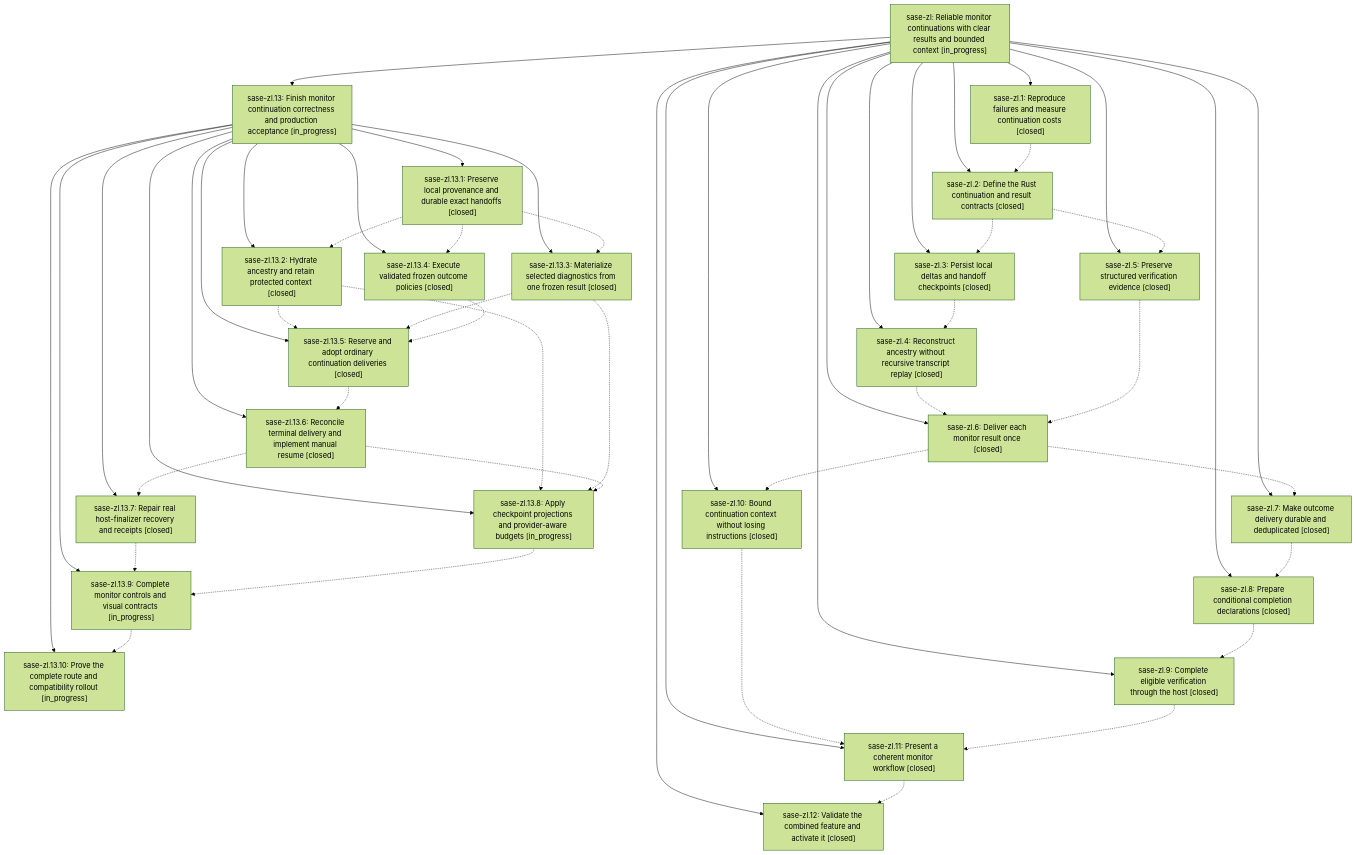
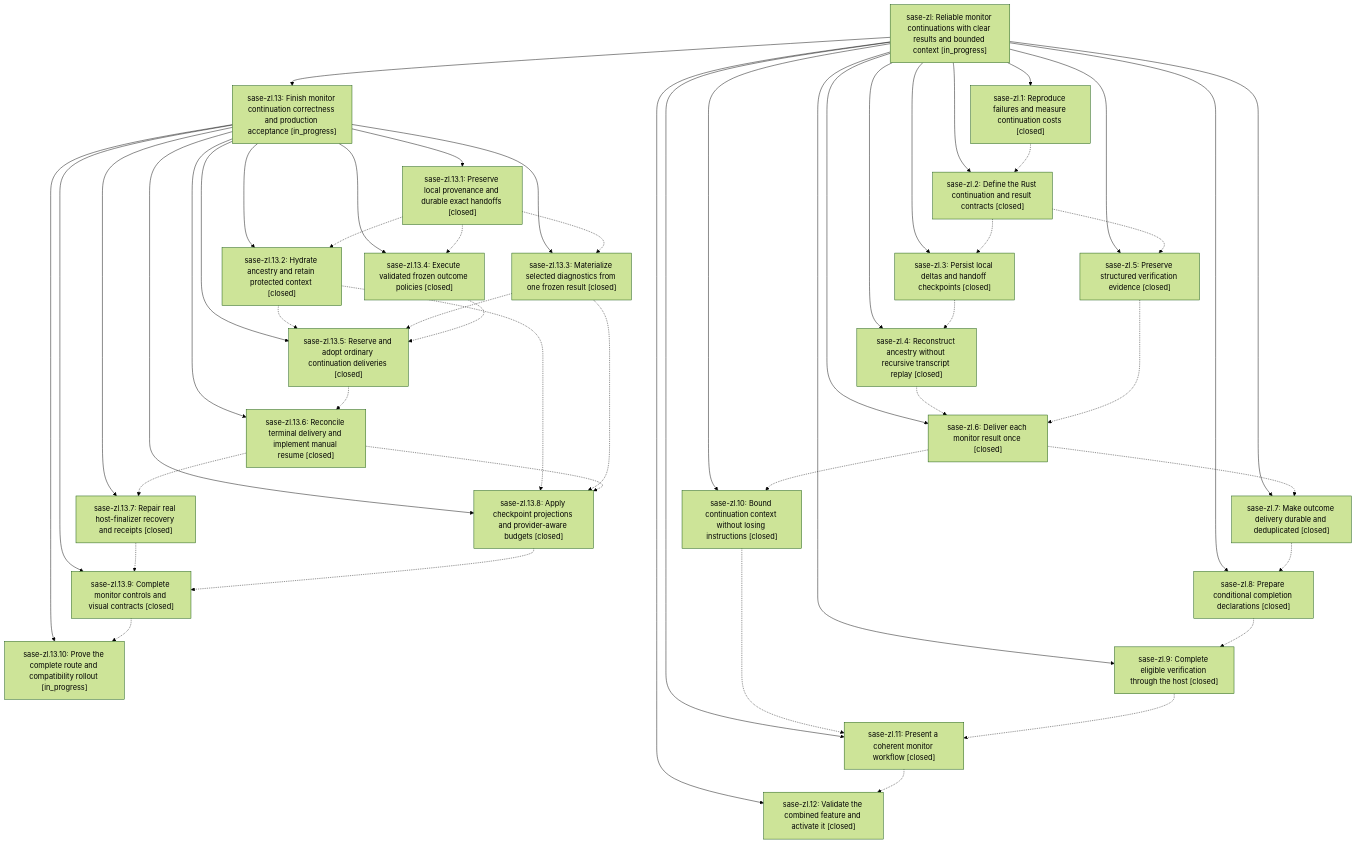
The diagram in pages/sase-zl/README.md (sase-org/sase--beads), drawn with Mermaid (forest theme) before and after one commit. The commit also changed other lines of this file and 8 other files, not shown here.

````diff
--- a/pages/sase-zl/README.md
+++ b/pages/sase-zl/README.md
@@ -67,77 +67,77 @@
 ```mermaid
 flowchart TD
     n0["sase-zl: Reliable monitor continuations with clear results and bounded context [in_progress]"]
     n1["sase-zl.1: Reproduce failures and measure continuation costs [closed]"]
     n2["sase-zl.10: Bound continuation context without losing instructions [closed]"]
     n3["sase-zl.11: Present a coherent monitor workflow [closed]"]
     n4["sase-zl.12: Validate the combined feature and activate it [closed]"]
     n5["sase-zl.13: Finish monitor continuation correctness and production acceptance [in_progress]"]
     n6["sase-zl.13.1: Preserve local provenance and durable exact handoffs [closed]"]
     n7["sase-zl.13.10: Prove the complete route and compatibility rollout [in_progress]"]
     n8["sase-zl.13.2: Hydrate ancestry and retain protected context [closed]"]
     n9["sase-zl.13.3: Materialize selected diagnostics from one frozen result [closed]"]
     n10["sase-zl.13.4: Execute validated frozen outcome policies [closed]"]
     n11["sase-zl.13.5: Reserve and adopt ordinary continuation deliveries [closed]"]
     n12["sase-zl.13.6: Reconcile terminal delivery and implement manual resume [closed]"]
     n13["sase-zl.13.7: Repair real host-finalizer recovery and receipts [closed]"]
-    n14["sase-zl.13.8: Apply checkpoint projections and provider-aware budgets [in_progress]"]
-    n15["sase-zl.13.9: Complete monitor controls and visual contracts [in_progress]"]
+    n14["sase-zl.13.8: Apply checkpoint projections and provider-aware budgets [closed]"]
+    n15["sase-zl.13.9: Complete monitor controls and visual contracts [closed]"]
     n16["sase-zl.2: Define the Rust continuation and result contracts [closed]"]
     n17["sase-zl.3: Persist local deltas and handoff checkpoints [closed]"]
     n18["sase-zl.4: Reconstruct ancestry without recursive transcript replay [closed]"]
     n19["sase-zl.5: Preserve structured verification evidence [closed]"]
     n20["sase-zl.6: Deliver each monitor result once [closed]"]
     n21["sase-zl.7: Make outcome delivery durable and deduplicated [closed]"]
     n22["sase-zl.8: Prepare conditional completion declarations [closed]"]
     n23["sase-zl.9: Complete eligible verification through the host [closed]"]
     n0 --> n1
     n0 --> n2
     n0 --> n3
     n0 --> n4
     n0 --> n5
     n5 --> n6
     n5 --> n7
     n5 --> n8
     n5 --> n9
     n5 --> n10
     n5 --> n11
     n5 --> n12
     n5 --> n13
     n5 --> n14
     n5 --> n15
     n0 --> n16
     n0 --> n17
     n0 --> n18
     n0 --> n19
     n0 --> n20
     n0 --> n21
     n0 --> n22
     n0 --> n23
     n1 -.-> n16
     n2 -.-> n3
     n3 -.-> n4
     n6 -.-> n8
     n6 -.-> n9
     n6 -.-> n10
     n8 -.-> n11
     n8 -.-> n14
     n9 -.-> n11
     n9 -.-> n14
     n10 -.-> n11
     n11 -.-> n12
     n12 -.-> n13
     n12 -.-> n14
     n13 -.-> n15
     n14 -.-> n15
     n15 -.-> n7
     n16 -.-> n17
     n16 -.-> n19
     n17 -.-> n18
     n18 -.-> n20
     n19 -.-> n20
     n20 -.-> n2
     n20 -.-> n21
     n21 -.-> n22
     n22 -.-> n23
     n23 -.-> n3
 ```
````
